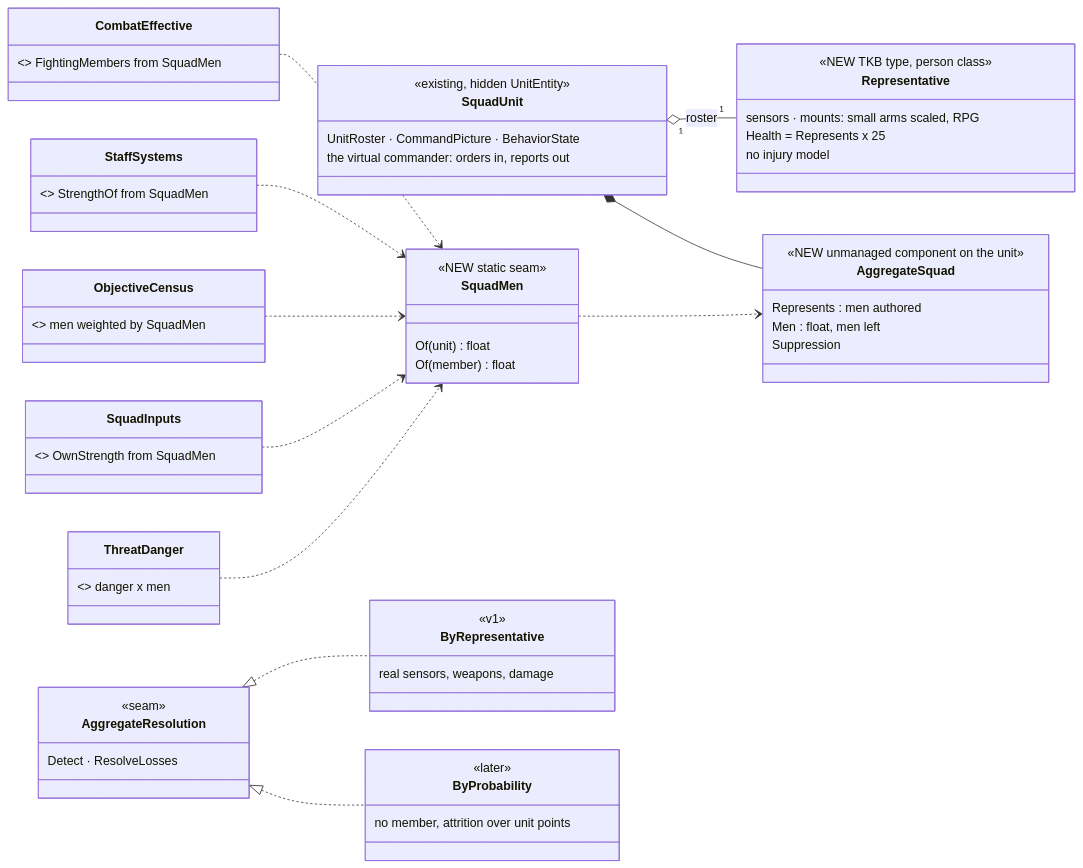
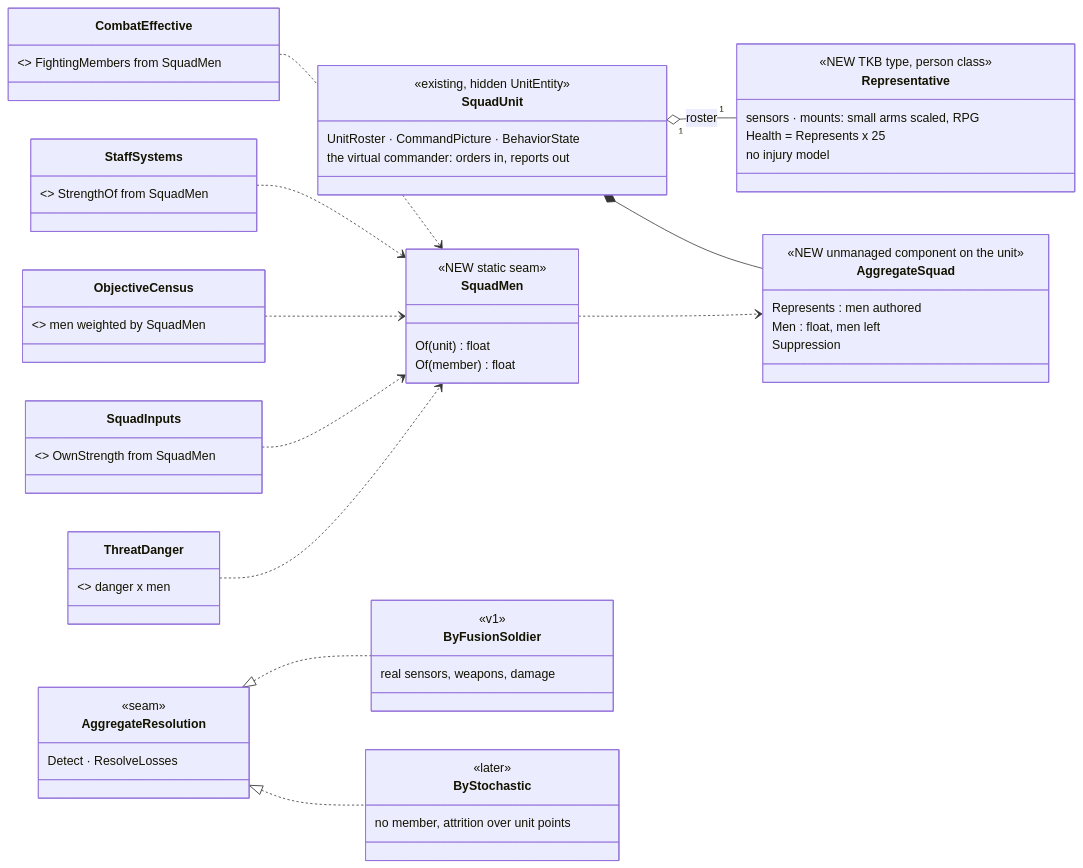
The first of 4 diagrams in docs/designs/aggregate-units/DESIGN_Aggregate_Squad.md (pjanec/HROT), drawn with Mermaid before and after one commit. The commit also changed other lines of this file and 2 other files, not shown here.

First line of the commit message:
docs(CE-4611): names — FusionSquad (one FusionSoldier) and StochasticSquad (R-4247)

````diff
--- a/docs/designs/aggregate-units/DESIGN_Aggregate_Squad.md
+++ b/docs/designs/aggregate-units/DESIGN_Aggregate_Squad.md
@@ -57,53 +56,53 @@
 ```mermaid
 classDiagram
   direction LR
   class SquadUnit {
     <<existing, hidden UnitEntity>>
     UnitRoster · CommandPicture · BehaviorState
     the virtual commander: orders in, reports out
   }
   class AggregateSquad {
     <<NEW unmanaged component on the unit>>
     Represents : men authored
     Men : float, men left
     Suppression
   }
   class Representative {
     <<NEW TKB type, person class>>
     sensors · mounts: small arms scaled, RPG
     Health = Represents x 25
     no injury model
   }
   class SquadMen {
     <<NEW static seam>>
     Of(unit) float
     Of(member) float
   }
   class AggregateResolution {
     <<seam>>
     Detect · ResolveLosses
   }
-  class ByRepresentative {
+  class ByFusionSoldier {
     <<v1>>
     real sensors, weapons, damage
   }
-  class ByProbability {
+  class ByStochastic {
     <<later>>
     no member, attrition over unit points
   }
   class CombatEffective { <<existing, EXTENDED>> FightingMembers from SquadMen }
   class StaffSystems { <<existing, EXTENDED>> StrengthOf from SquadMen }
   class ObjectiveCensus { <<existing, EXTENDED>> men weighted by SquadMen }
   class SquadInputs { <<existing, EXTENDED>> OwnStrength from SquadMen }
   class ThreatDanger { <<existing, EXTENDED>> danger x men }
   SquadUnit "1" o-- "1" Representative : roster
   SquadUnit *-- AggregateSquad
-  AggregateResolution <|.. ByRepresentative
-  AggregateResolution <|.. ByProbability
+  AggregateResolution <|.. ByFusionSoldier
+  AggregateResolution <|.. ByStochastic
   SquadMen ..> AggregateSquad
   CombatEffective ..> SquadMen
   StaffSystems ..> SquadMen
   ObjectiveCensus ..> SquadMen
   SquadInputs ..> SquadMen
   ThreatDanger ..> SquadMen
 ```
````
